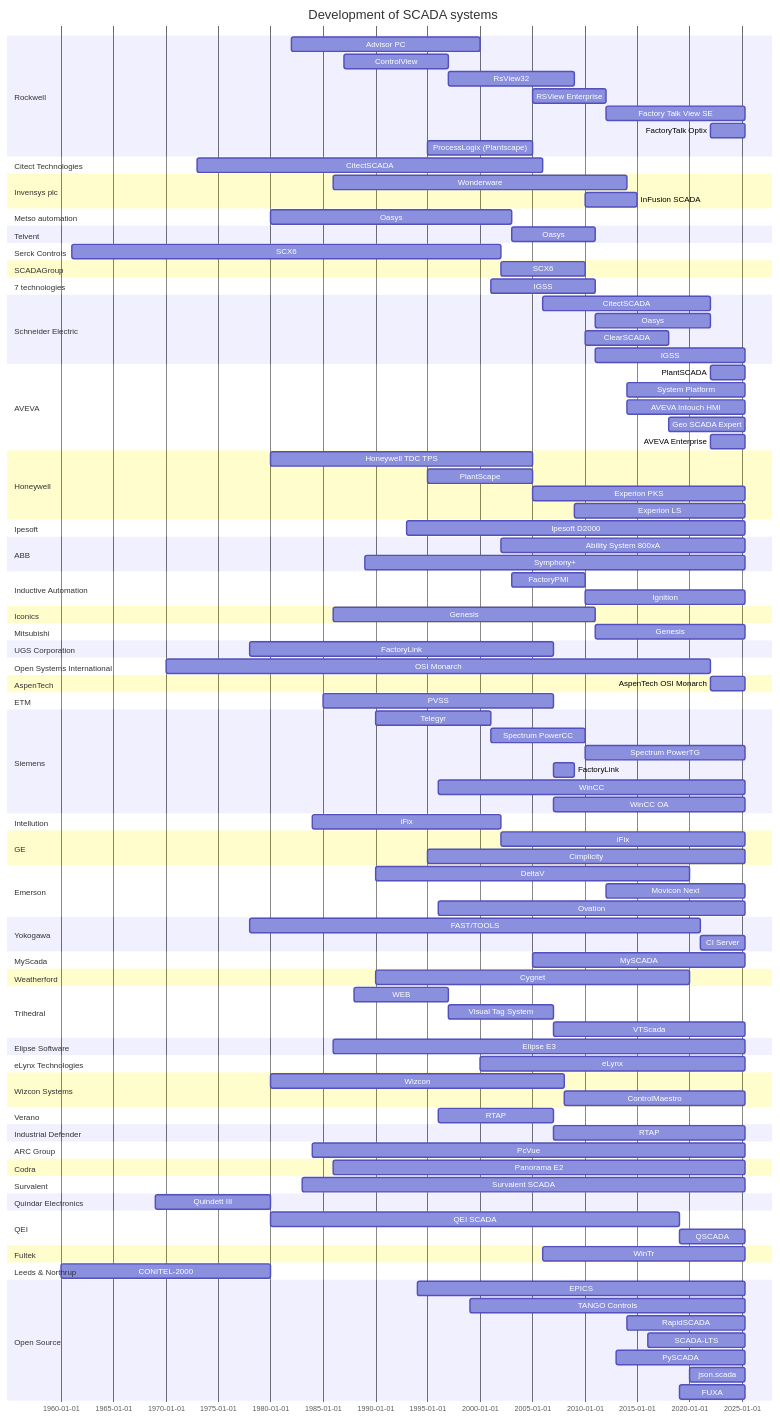
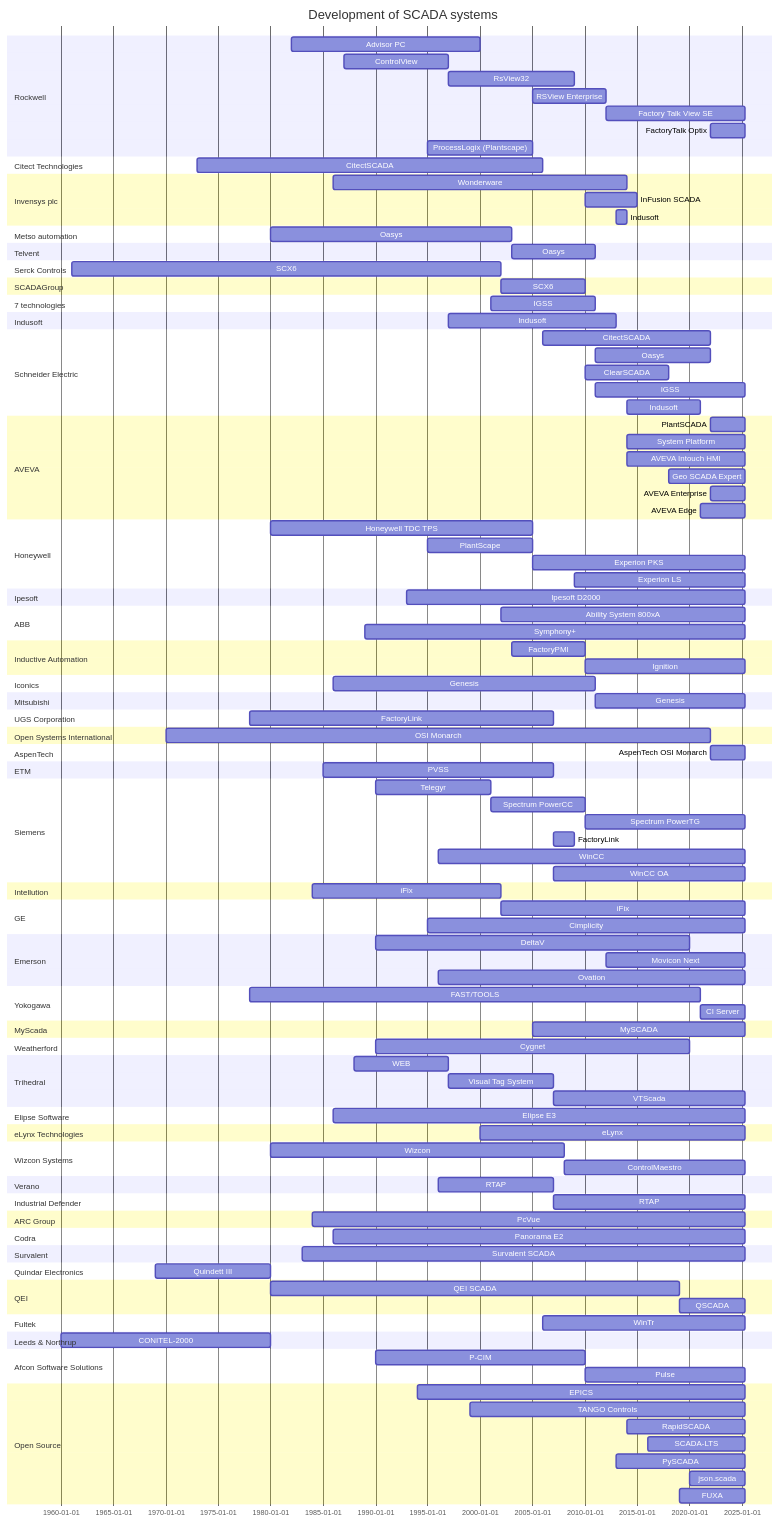
Before and after one commit to hutcheb/scada-timeline: the diagram in README.md, drawn with Mermaid.

Commit message:
feat: Add Pcim, Pulse, Indusoft

```diff
--- a/README.md
+++ b/README.md
@@ -23,6 +23,8 @@
         Wonderware :s2, 1986, 2014
         %%(https://www.controleng.com/infusion-scada-2-0-targets-functionality-and-security-for-remote-operations/)
         InFusion SCADA : 2010, 2015
+        %%(https://drivesncontrols.com/invensys-buys-indusoft-to-offer-largest-range-of-automation-software/)
+        Indusoft : indusoft_invensys, after indusoft, 2014
     section Metso automation
         %%(http://ains.etf.rs/Telvent.pdf)
         %%(No Start Date)
@@ -39,12 +41,17 @@
     section 7 technologies
         %%(No Start and End Dates)
         IGSS : igss, 2001, 2011
+    section Indusoft
+        %%(https://www.i-need.de/?Produkt=15603)
+        Indusoft : indusoft, 1997, 2013
     section Schneider Electric
         CitectSCADA : se_citect, after c1, 2022
         Oasys :oasys_se, after oasys_telvent, 2022
         ClearSCADA :clearscada, after scx6, 2018
         %%(No Start and End Dates)
         IGSS : after igss, until 2025
+        %%(https://www.se.com/ww/en/brands/invensys/invensys.jsp)
+        Indusoft : indusoft_se, after indusoft_invensys, 2021
     section AVEVA
         PlantSCADA : after se_citect, until 2025
         System Platform :after s2, until 2025
@@ -53,6 +60,8 @@
         %%(https://github.com/hutcheb/scada-timeline/issues/1)
         Geo SCADA Expert : after clearscada, until 2025
         AVEVA Enterprise : after oasys_se, until 2025
+        %%(https://www.aveva.com/en/perspectives/blog/indusoft-web-studio-is-now-aveva-edge/)
+        AVEVA Edge : aveva_edge, after indusoft_se, until 2025
     section Honeywell
         %%(Estimates)
         Honeywell TDC TPS : tps, 1980, 2005
@@ -170,6 +179,10 @@
         %%(Need to confirm)
         %%(http://www.ece.iit.edu/~flueck/chicago_pes/2004/anb0309.html)
         CONITEL-2000 : conitel, 1960, 1980
+    section Afcon Software Solutions
+        %%(https://afconsws.com/news/end-of-support-declared-for-p-cim-software/)
+        P-CIM : pcim, 1990, 2010
+        Pulse : pulse, after pcim, until 2025
     section Open Source
         %%(https://en.wikipedia.org/wiki/EPICS)
         EPICS : epics, 1994, until 2025
```
